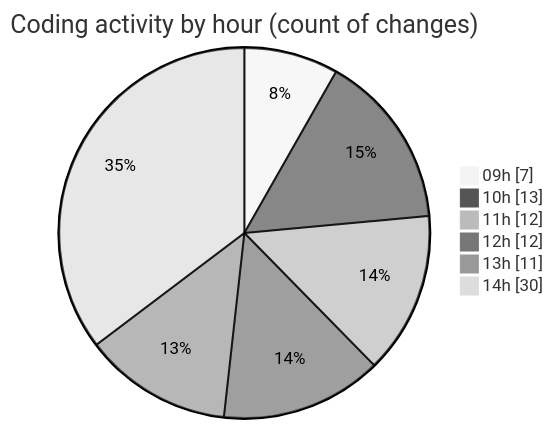
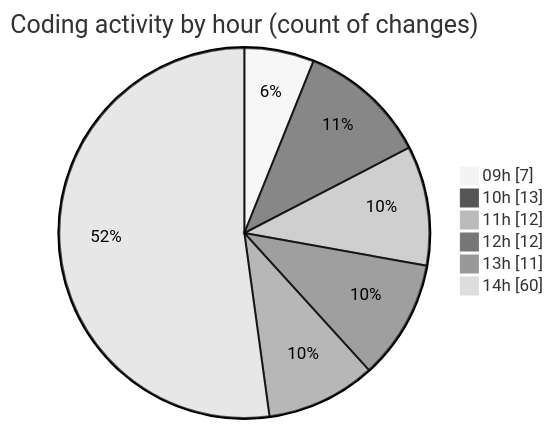
One commit to momahboobian/code-tracking changed the second of 2 diagrams in 2025-08-18/cda/README.md. Above: the diagram before and after it, drawn with Mermaid (neutral theme). The commit also changed other lines of this file and 1 other file, not shown here.

````diff
--- a/2025-08-18/cda/README.md
+++ b/2025-08-18/cda/README.md
@@ -44,10 +50,10 @@
 ```mermaid
 pie showData
 title Coding activity by hour (count of changes)
 "09h" : 7
 "10h" : 13
 "11h" : 12
 "12h" : 12
 "13h" : 11
-"14h" : 30
+"14h" : 60
 ```
````
